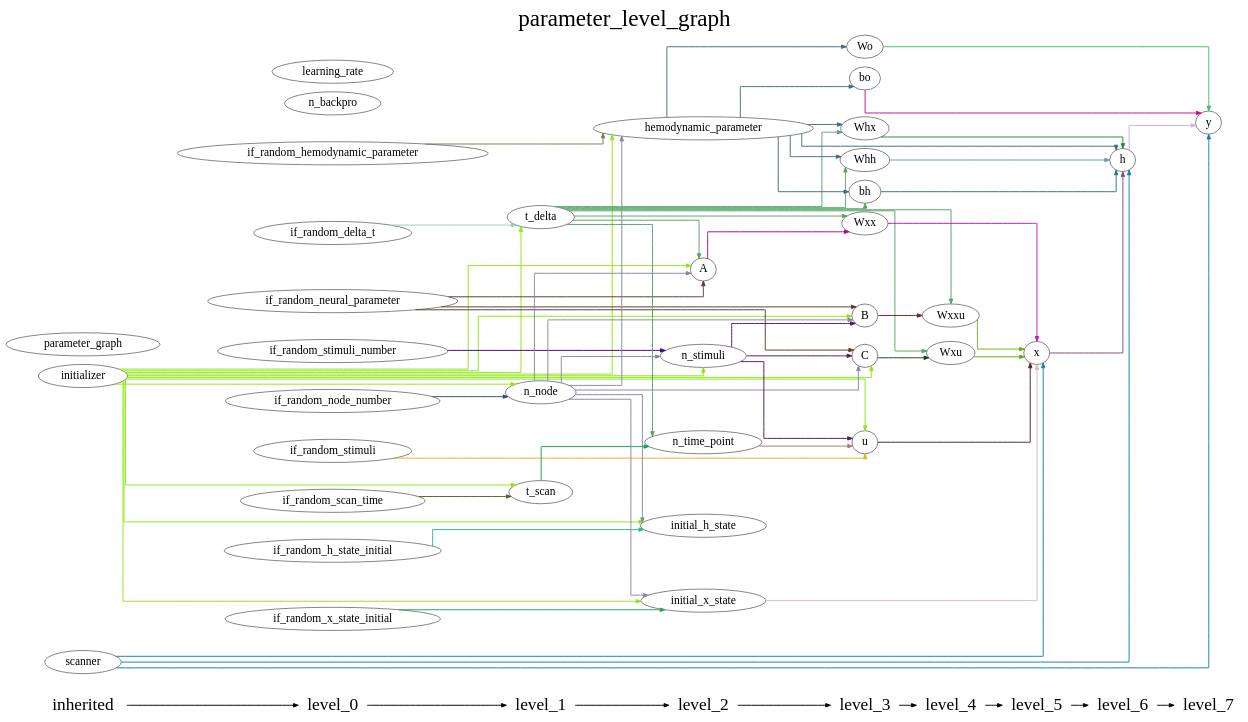
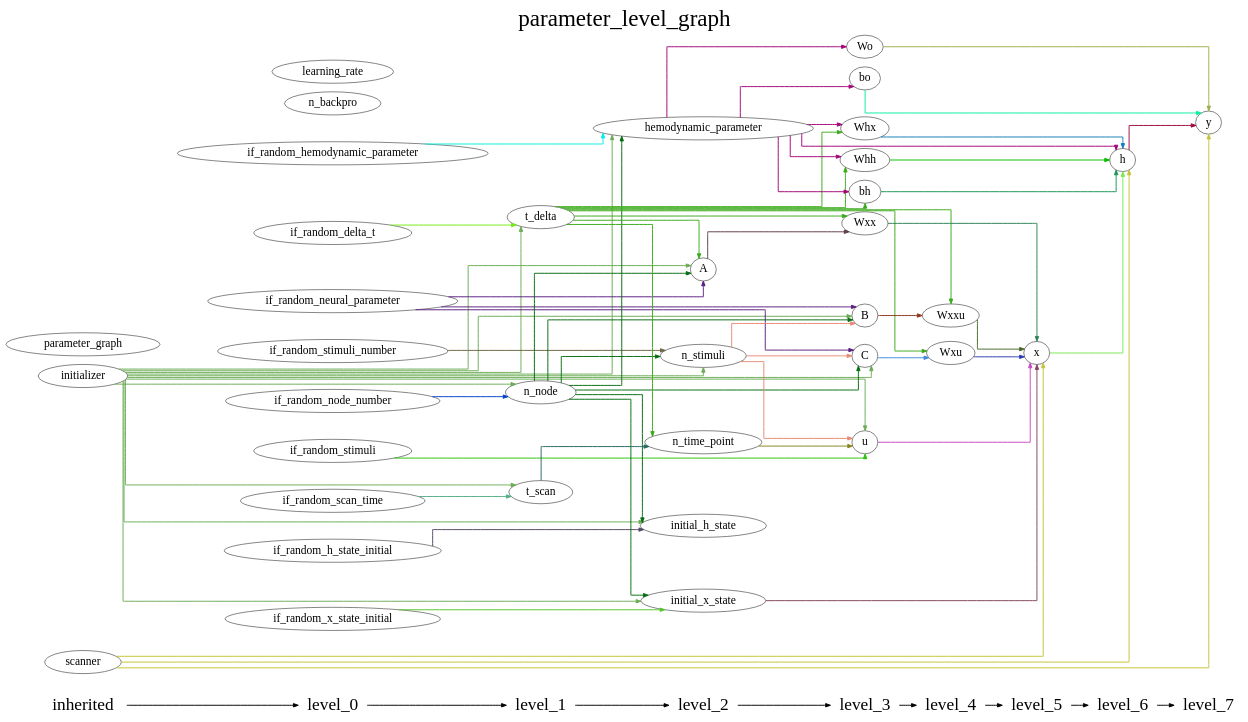
The diagram in DCM_RNN/documents/parameter_level_graph.gv (YuanWangOnward/DCM_RNN), drawn with Graphviz before and after one commit. The commit also changed 5 other files, not shown here.

```diff
--- a/DCM_RNN/documents/parameter_level_graph.gv
+++ b/DCM_RNN/documents/parameter_level_graph.gv
@@ -1,156 +1,156 @@
 digraph G {
           splines=ortho;
           fontsize = 48;
           rankdir = "LR";
           node[fontsize=24];
           edge[penwidth=2];
           {
           node [shape=plaintext fontsize=36];
           inherited -> 
           level_0 -> 
           level_1 -> 
           level_2 -> 
           level_3 -> 
           level_4 -> 
           level_5 -> 
           level_6 -> 
           level_7
           }
           {rank = same;
           inherited;
           initializer;
           parameter_graph;
           scanner;
           }
           {rank = same;
           level_0;
           if_random_neural_parameter;
           if_random_hemodynamic_parameter;
           if_random_x_state_initial;
           if_random_h_state_initial;
           if_random_stimuli;
           if_random_node_number;
           if_random_stimuli_number;
           if_random_delta_t;
           if_random_scan_time;
           n_backpro;
           learning_rate;
           }
           {rank = same;
           level_1;
           n_node;
           t_delta;
           t_scan;
           }
           {rank = same;
           level_2;
           n_time_point;
           n_stimuli;
           A;
           hemodynamic_parameter;
           initial_x_state;
           initial_h_state;
           }
           {rank = same;
           level_3;
           u;
           B;
           C;
           Wxx;
           Whx;
           Whh;
           bh;
           Wo;
           bo;
           }
           {rank = same;
           level_4;
           Wxxu;
           Wxu;
           }
           {rank = same;
           level_5;
           x;
           }
           {rank = same;
           level_6;
           h;
           }
           {rank = same;
           level_7;
           y;
           }
-          x -> h [color="#844E74"];
+          if_random_h_state_initial -> initial_h_state [color="#534868"];
           parameter_graph ;
-          if_random_stimuli -> u [color="#E5B41C"];
-          h -> y [color="#CBAEE9"];
-          B -> Wxxu [color="#7C191C"];
+          initializer -> initial_x_state [color="#6BAC55"];
+          initializer -> n_node [color="#6BAC55"];
+          initializer -> initial_h_state [color="#6BAC55"];
+          initializer -> C [color="#6BAC55"];
+          initializer -> n_stimuli [color="#6BAC55"];
+          initializer -> B [color="#6BAC55"];
+          initializer -> hemodynamic_parameter [color="#6BAC55"];
+          initializer -> t_delta [color="#6BAC55"];
+          initializer -> t_scan [color="#6BAC55"];
+          initializer -> u [color="#6BAC55"];
+          initializer -> A [color="#6BAC55"];
+          bh -> h [color="#1A9450"];
+          Wxx -> x [color="#2C8156"];
+          h -> y [color="#9C063A"];
           learning_rate ;
+          if_random_scan_time -> t_scan [color="#54AE87"];
+          n_node -> initial_x_state [color="#056C10"];
+          n_node -> initial_h_state [color="#056C10"];
+          n_node -> C [color="#056C10"];
+          n_node -> n_stimuli [color="#056C10"];
+          n_node -> B [color="#056C10"];
+          n_node -> hemodynamic_parameter [color="#056C10"];
+          n_node -> A [color="#056C10"];
+          initial_x_state -> x [color="#85445C"];
+          if_random_neural_parameter -> C [color="#591E82"];
+          if_random_neural_parameter -> B [color="#591E82"];
+          if_random_neural_parameter -> A [color="#591E82"];
+          initial_h_state ;
+          n_stimuli -> C [color="#E98873"];
+          n_stimuli -> B [color="#E98873"];
+          n_stimuli -> u [color="#E98873"];
+          Wxu -> x [color="#2B3AB1"];
+          C -> Wxu [color="#3C8AE1"];
+          if_random_delta_t -> t_delta [color="#72EB12"];
+          Whh -> h [color="#04BC03"];
+          if_random_stimuli -> u [color="#28C30A"];
+          scanner -> h [color="#C6C236"];
+          scanner -> y [color="#C6C236"];
+          scanner -> x [color="#C6C236"];
+          if_random_node_number -> n_node [color="#0540CB"];
+          n_time_point -> u [color="#87851B"];
           n_backpro ;
-          if_random_x_state_initial -> initial_x_state [color="#24A05A"];
-          if_random_hemodynamic_parameter -> hemodynamic_parameter [color="#797951"];
-          bh -> h [color="#267C70"];
-          n_stimuli -> C [color="#561463"];
-          n_stimuli -> u [color="#561463"];
-          n_stimuli -> B [color="#561463"];
-          if_random_neural_parameter -> A [color="#573A2C"];
-          if_random_neural_parameter -> C [color="#573A2C"];
-          if_random_neural_parameter -> B [color="#573A2C"];
-          Wxxu -> x [color="#7BAE04"];
-          if_random_node_number -> n_node [color="#2A5062"];
-          if_random_scan_time -> t_scan [color="#526230"];
-          Wxu -> x [color="#5AAA09"];
-          if_random_h_state_initial -> initial_h_state [color="#2AB593"];
-          Whh -> h [color="#6A96BC"];
-          t_scan -> n_time_point [color="#10A054"];
-          t_delta -> Wxxu [color="#54A466"];
-          t_delta -> bh [color="#54A466"];
-          t_delta -> Wxx [color="#54A466"];
-          t_delta -> Whh [color="#54A466"];
-          t_delta -> n_time_point [color="#54A466"];
-          t_delta -> A [color="#54A466"];
-          t_delta -> Wxu [color="#54A466"];
-          t_delta -> Whx [color="#54A466"];
-          n_time_point -> u [color="#A07A75"];
+          B -> Wxxu [color="#8E371E"];
           y ;
-          if_random_delta_t -> t_delta [color="#A0C7B6"];
-          A -> Wxx [color="#B2058B"];
-          bo -> y [color="#C90B99"];
-          C -> Wxu [color="#18401B"];
-          initial_x_state -> x [color="#E2B6BA"];
-          n_node -> n_stimuli [color="#8686A2"];
-          n_node -> hemodynamic_parameter [color="#8686A2"];
-          n_node -> A [color="#8686A2"];
-          n_node -> C [color="#8686A2"];
-          n_node -> initial_x_state [color="#8686A2"];
-          n_node -> initial_h_state [color="#8686A2"];
-          n_node -> B [color="#8686A2"];
-          scanner -> x [color="#137EB1"];
-          scanner -> h [color="#137EB1"];
-          scanner -> y [color="#137EB1"];
-          u -> x [color="#4E2121"];
-          if_random_stimuli_number -> n_stimuli [color="#3A0690"];
-          initial_h_state ;
-          Wxx -> x [color="#C213C9"];
-          hemodynamic_parameter -> bo [color="#456884"];
-          hemodynamic_parameter -> h [color="#456884"];
-          hemodynamic_parameter -> bh [color="#456884"];
-          hemodynamic_parameter -> Whh [color="#456884"];
-          hemodynamic_parameter -> Wo [color="#456884"];
-          hemodynamic_parameter -> Whx [color="#456884"];
-          initializer -> n_stimuli [color="#8CE910"];
-          initializer -> hemodynamic_parameter [color="#8CE910"];
-          initializer -> t_delta [color="#8CE910"];
-          initializer -> A [color="#8CE910"];
-          initializer -> C [color="#8CE910"];
-          initializer -> initial_x_state [color="#8CE910"];
-          initializer -> n_node [color="#8CE910"];
-          initializer -> u [color="#8CE910"];
-          initializer -> initial_h_state [color="#8CE910"];
-          initializer -> t_scan [color="#8CE910"];
-          initializer -> B [color="#8CE910"];
-          Whx -> h [color="#1E8A2A"];
-          Wo -> y [color="#39C360"];
+          hemodynamic_parameter -> bh [color="#A30579"];
+          hemodynamic_parameter -> h [color="#A30579"];
+          hemodynamic_parameter -> Whh [color="#A30579"];
+          hemodynamic_parameter -> bo [color="#A30579"];
+          hemodynamic_parameter -> Whx [color="#A30579"];
+          hemodynamic_parameter -> Wo [color="#A30579"];
+          bo -> y [color="#07EEA1"];
+          Whx -> h [color="#107EBB"];
+          if_random_stimuli_number -> n_stimuli [color="#6E6642"];
+          x -> h [color="#79E852"];
+          Wxxu -> x [color="#476624"];
+          t_delta -> bh [color="#3AAA19"];
+          t_delta -> Wxx [color="#3AAA19"];
+          t_delta -> Wxu [color="#3AAA19"];
+          t_delta -> Whh [color="#3AAA19"];
+          t_delta -> n_time_point [color="#3AAA19"];
+          t_delta -> Whx [color="#3AAA19"];
+          t_delta -> Wxxu [color="#3AAA19"];
+          t_delta -> A [color="#3AAA19"];
+          Wo -> y [color="#A1AE49"];
+          if_random_x_state_initial -> initial_x_state [color="#56C429"];
+          t_scan -> n_time_point [color="#256760"];
+          u -> x [color="#C947C0"];
+          if_random_hemodynamic_parameter -> hemodynamic_parameter [color="#00EEE5"];
+          A -> Wxx [color="#5B3C43"];
           labelloc = "t";
           label = "parameter_level_graph";
 }
```
